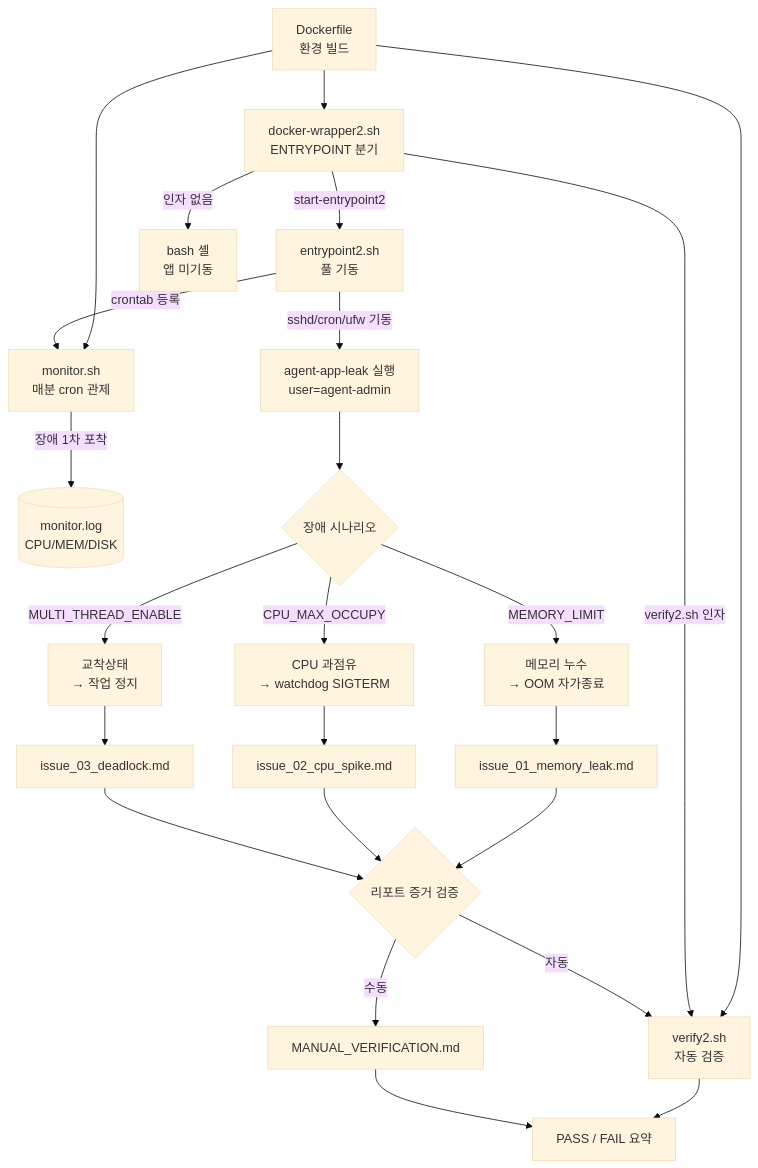
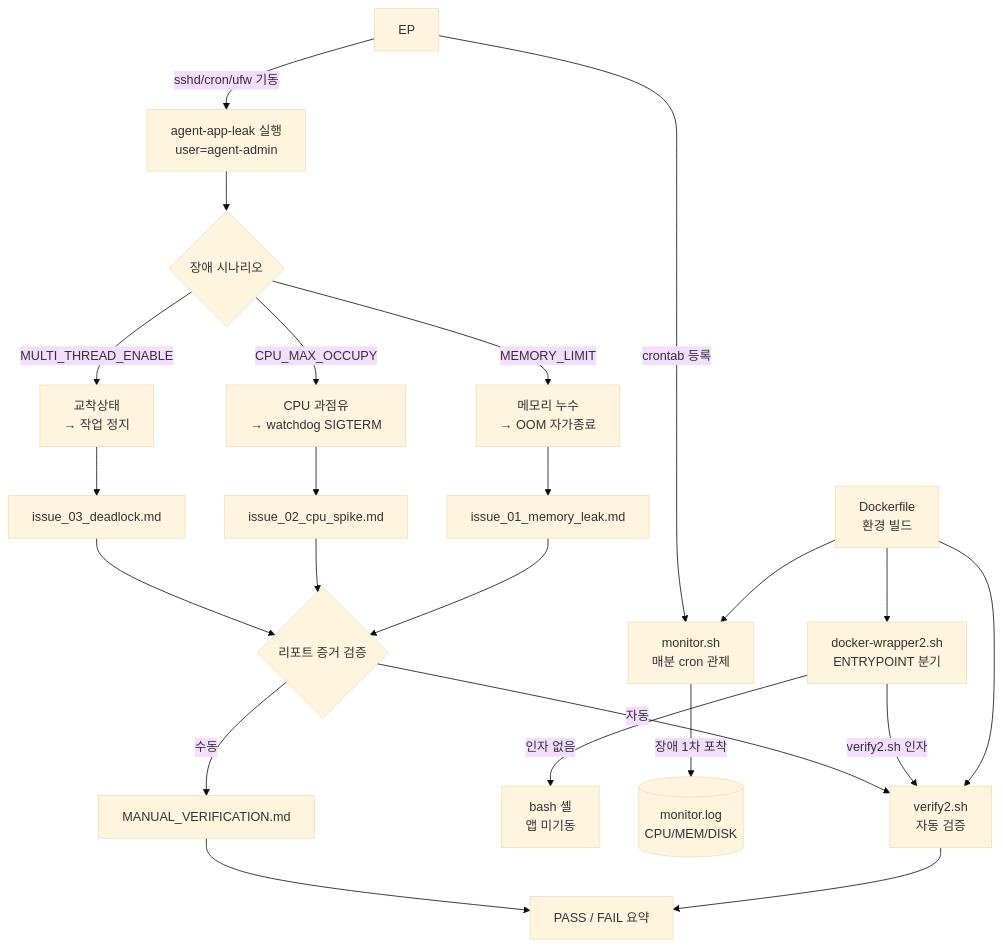
The first of 2 diagrams in architecture.md (kjs83036/AI-SW-Basic-B1-2), drawn with Mermaid (base theme) before and after one commit.

Commit message:
Remove entrypoint2.sh from architecture diagram

````diff
--- a/architecture.md
+++ b/architecture.md
@@ -5,29 +5,28 @@
 ```mermaid
 flowchart TD
     DF[Dockerfile<br/>환경 빌드] --> WRAP[docker-wrapper2.sh<br/>ENTRYPOINT 분기]
     DF --> MON[monitor.sh<br/>매분 cron 관제]
     DF --> VS[verify2.sh<br/>자동 검증]
 
-    WRAP -->|start-entrypoint2| EP[entrypoint2.sh<br/>풀 기동]
     WRAP -->|verify2.sh 인자| VS
     WRAP -->|인자 없음| SH[bash 셸<br/>앱 미기동]
 
     EP -->|sshd/cron/ufw 기동| RUN[agent-app-leak 실행<br/>user=agent-admin]
     EP -->|crontab 등록| MON
     MON -->|장애 1차 포착| LOG[(monitor.log<br/>CPU/MEM/DISK)]
 
     RUN --> SC{장애 시나리오}
     SC -->|MEMORY_LIMIT| M1[메모리 누수<br/>→ OOM 자가종료]
     SC -->|CPU_MAX_OCCUPY| M2[CPU 과점유<br/>→ watchdog SIGTERM]
     SC -->|MULTI_THREAD_ENABLE| M3[교착상태<br/>→ 작업 정지]
 
     M1 --> R1[issue_01_memory_leak.md]
     M2 --> R2[issue_02_cpu_spike.md]
     M3 --> R3[issue_03_deadlock.md]
 
     R1 & R2 & R3 --> V{리포트 증거 검증}
     V -->|자동| VS
     V -->|수동| MV[MANUAL_VERIFICATION.md]
     VS --> RESULT[PASS / FAIL 요약]
     MV --> RESULT
 ```
````
